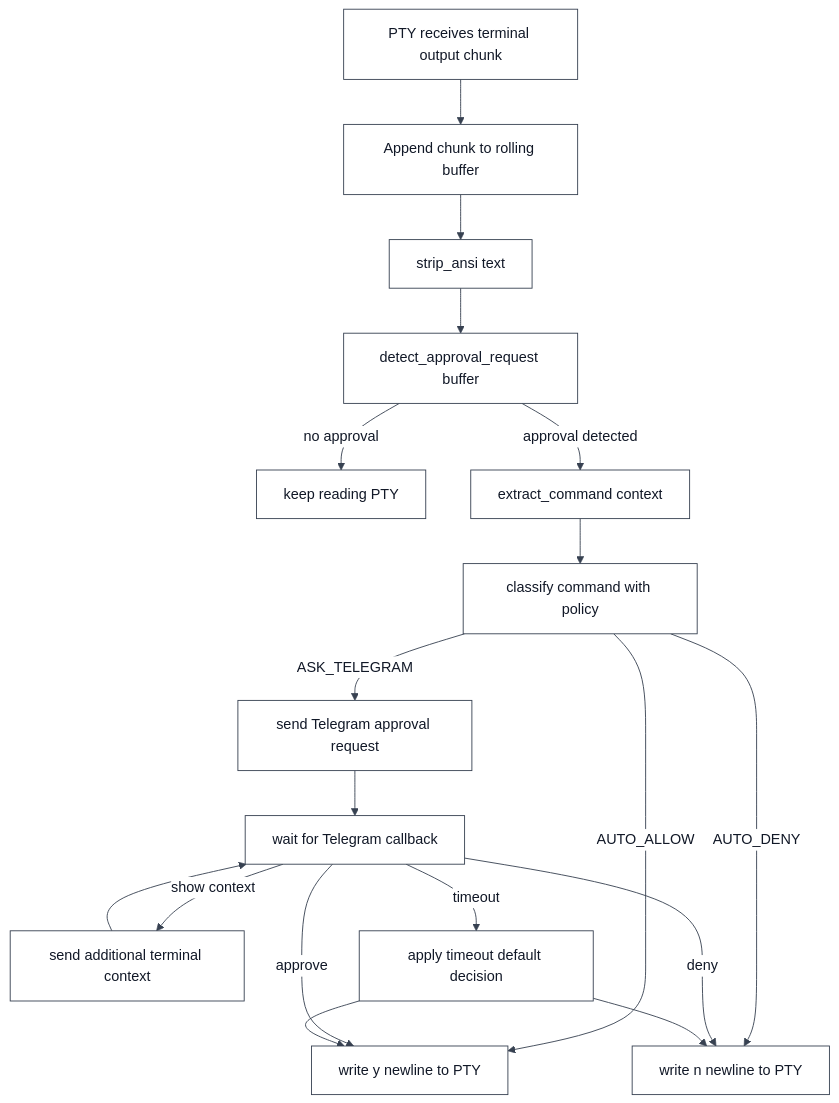
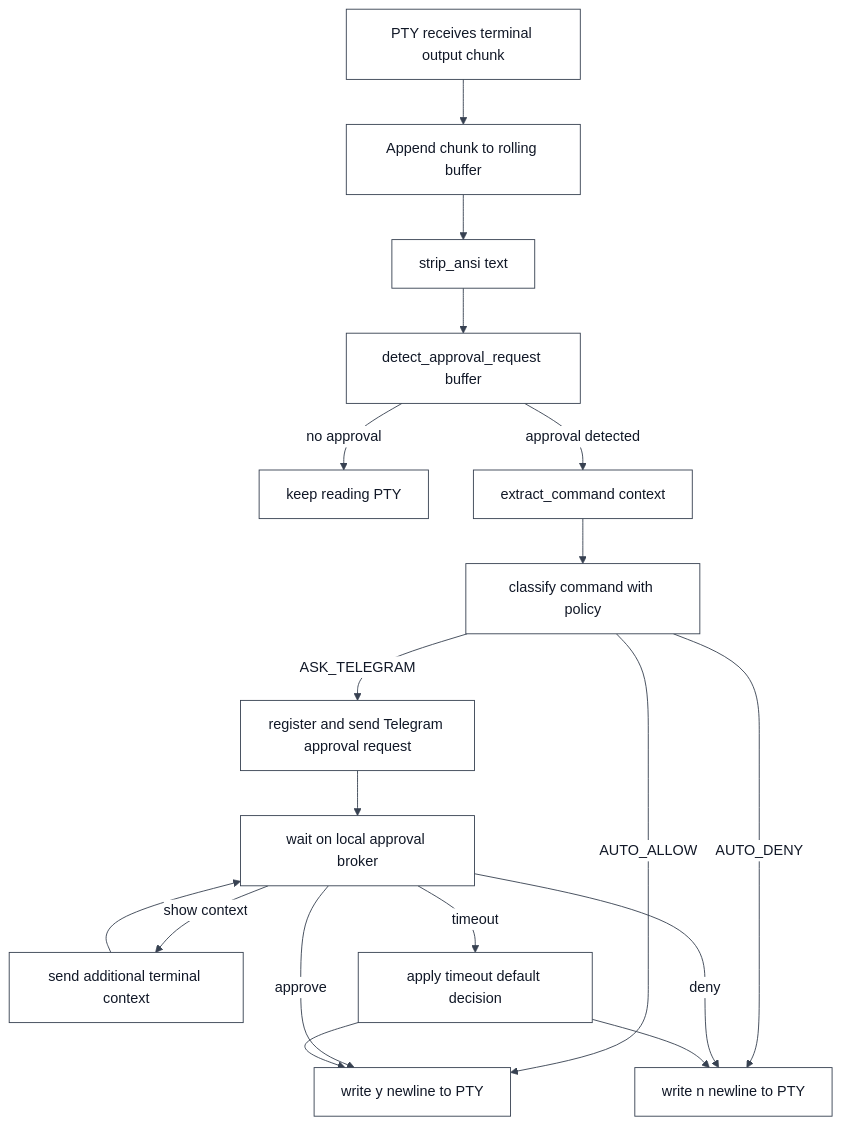
One commit to kinderp/durex changed the fourth of 7 diagrams in docs/ARCHITECTURE.md. Above: the diagram before and after it, drawn with Mermaid. The commit also changed other lines of this file and 11 other files, not shown here.

````diff
--- a/docs/ARCHITECTURE.md
+++ b/docs/ARCHITECTURE.md
@@ -336,21 +342,21 @@
 ```mermaid
 %%{init: {"theme": "base", "themeVariables": {"primaryColor": "#ffffff", "primaryTextColor": "#111827", "primaryBorderColor": "#374151", "lineColor": "#374151", "secondaryColor": "#f3f4f6", "tertiaryColor": "#ffffff", "textColor": "#111827", "mainBkg": "#ffffff", "nodeBorder": "#374151", "clusterBkg": "#f9fafb", "clusterBorder": "#9ca3af", "edgeLabelBackground": "#ffffff", "actorBkg": "#ffffff", "actorBorder": "#374151", "actorTextColor": "#111827", "activationBkgColor": "#e5e7eb", "activationBorderColor": "#374151", "signalColor": "#111827", "signalTextColor": "#111827", "noteBkgColor": "#fef3c7", "noteTextColor": "#111827", "noteBorderColor": "#92400e"}}}%%
 flowchart TD
     A[PTY receives terminal output chunk] --> B[Append chunk to rolling buffer]
     B --> C[strip_ansi text]
     C --> D[detect_approval_request buffer]
     D -->|no approval| E[keep reading PTY]
     D -->|approval detected| F[extract_command context]
     F --> G[classify command with policy]
     G -->|AUTO_ALLOW| H[write y newline to PTY]
     G -->|AUTO_DENY| I[write n newline to PTY]
-    G -->|ASK_TELEGRAM| J[send Telegram approval request]
-    J --> K[wait for Telegram callback]
+    G -->|ASK_TELEGRAM| J[register and send Telegram approval request]
+    J --> K[wait on local approval broker]
     K -->|approve| H
     K -->|deny| I
     K -->|show context| L[send additional terminal context]
     L --> K
     K -->|timeout| M[apply timeout default decision]
     M --> H
     M --> I
 ```
````
